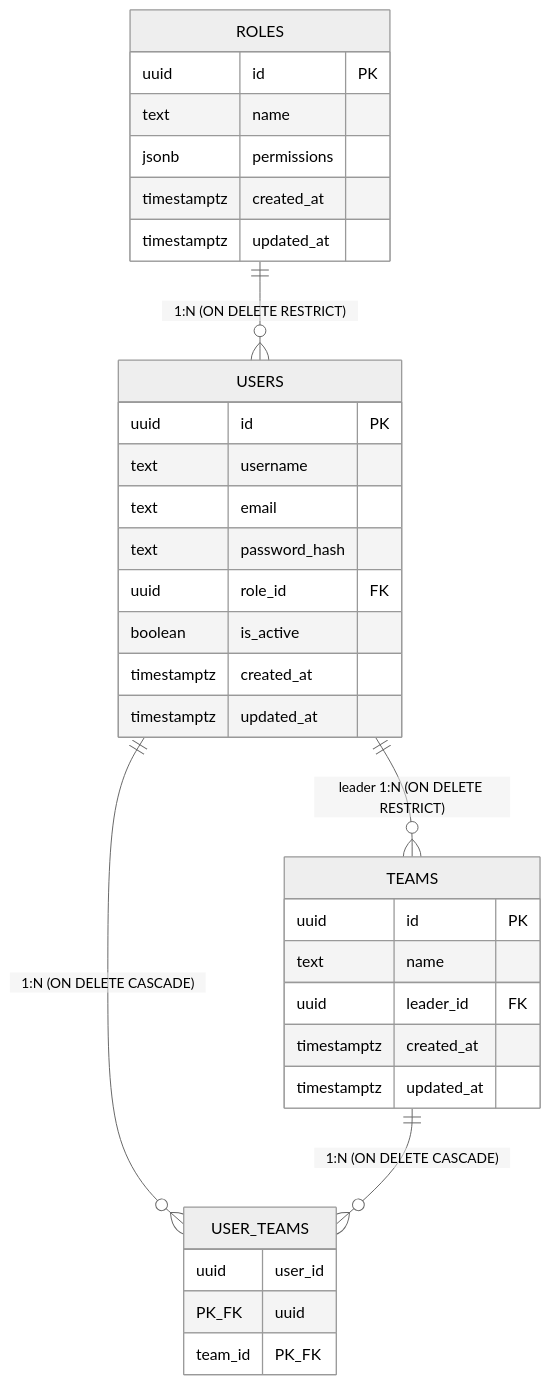
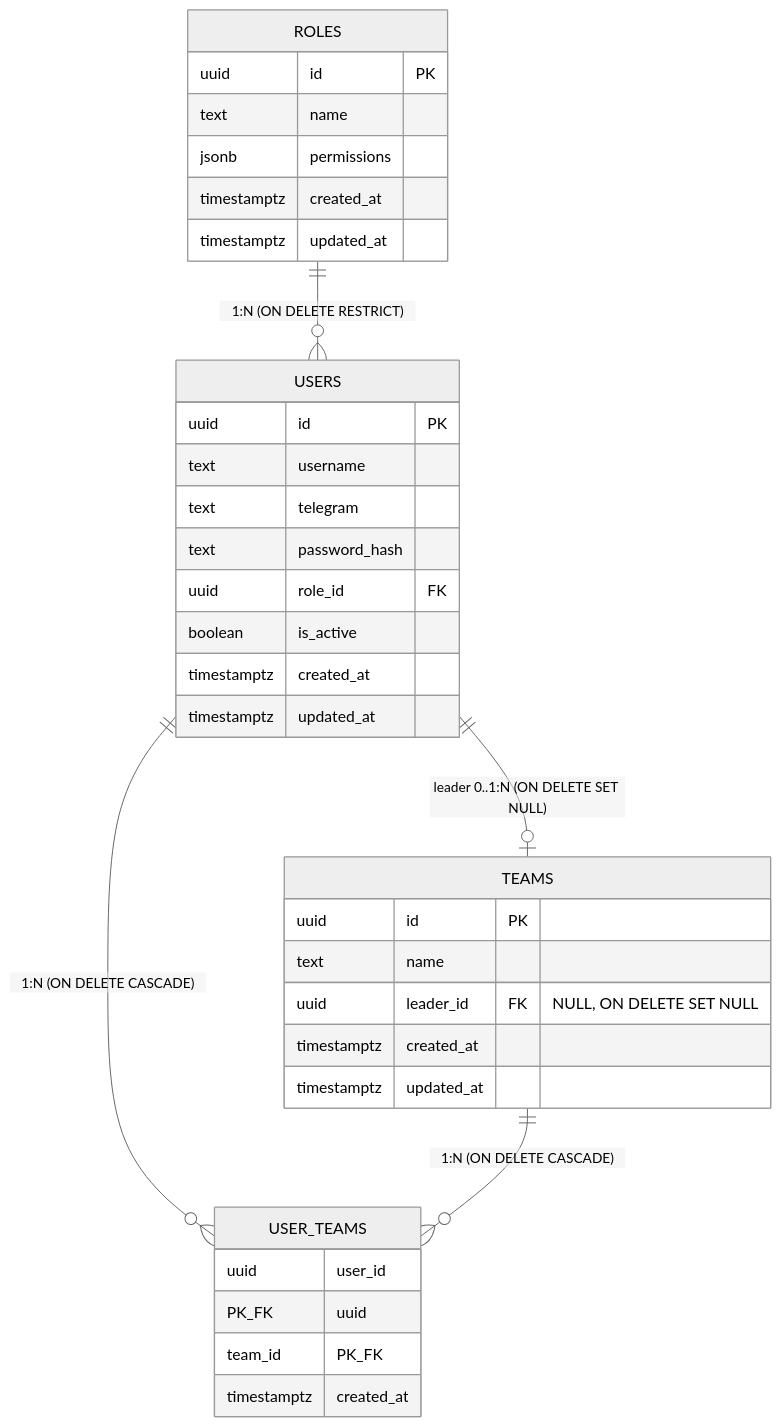
One commit to eliseiv/broad-crm changed the sixth of 6 diagrams in docs/03-data-model.md. Above: the diagram before and after it, drawn with Mermaid (neutral theme). The commit also changed other lines of this file and 80 other files, not shown here.

````diff
--- a/docs/03-data-model.md
+++ b/docs/03-data-model.md
@@ -434,35 +440,36 @@
 ```mermaid
 erDiagram
     ROLES {
         uuid id PK
         text name
         jsonb permissions
         timestamptz created_at
         timestamptz updated_at
     }
     USERS {
         uuid id PK
         text username
-        text email
+        text telegram
         text password_hash
         uuid role_id FK
         boolean is_active
         timestamptz created_at
         timestamptz updated_at
     }
     TEAMS {
         uuid id PK
         text name
-        uuid leader_id FK
+        uuid leader_id FK "NULL, ON DELETE SET NULL"
         timestamptz created_at
         timestamptz updated_at
     }
     USER_TEAMS {
         uuid user_id PK_FK
         uuid team_id PK_FK
+        timestamptz created_at
     }
     ROLES ||--o{ USERS : "1:N (ON DELETE RESTRICT)"
-    USERS ||--o{ TEAMS : "leader 1:N (ON DELETE RESTRICT)"
+    USERS ||--o| TEAMS : "leader 0..1:N (ON DELETE SET NULL)"
     USERS ||--o{ USER_TEAMS : "1:N (ON DELETE CASCADE)"
     TEAMS ||--o{ USER_TEAMS : "1:N (ON DELETE CASCADE)"
 ```
````
